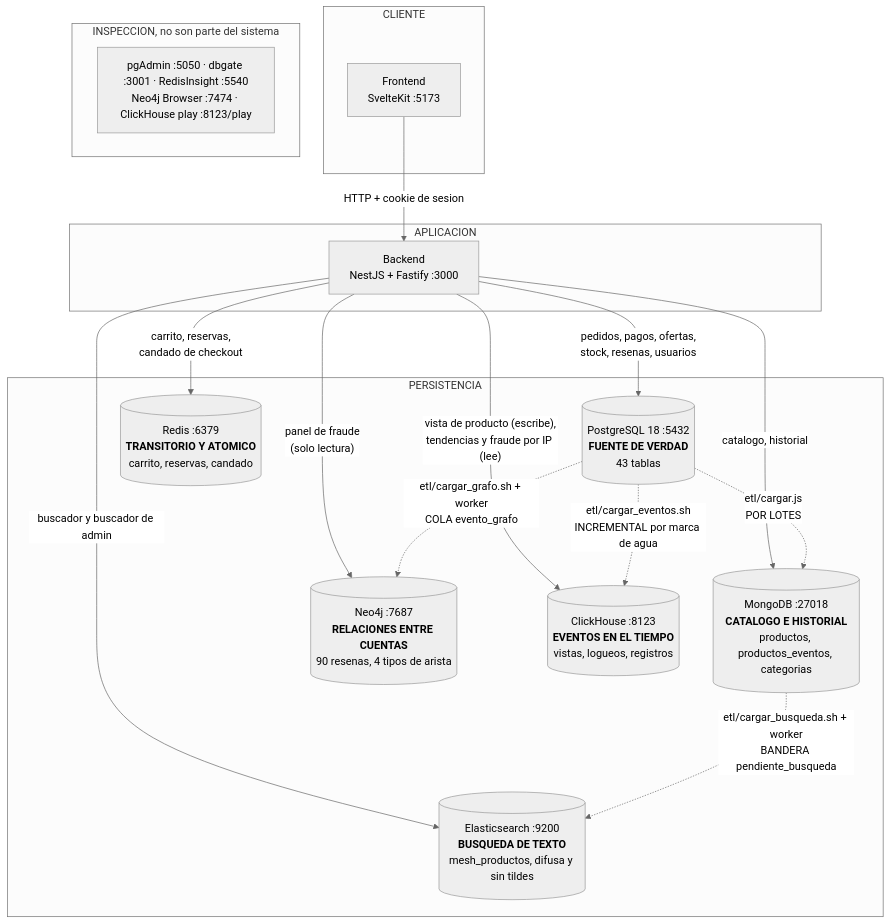
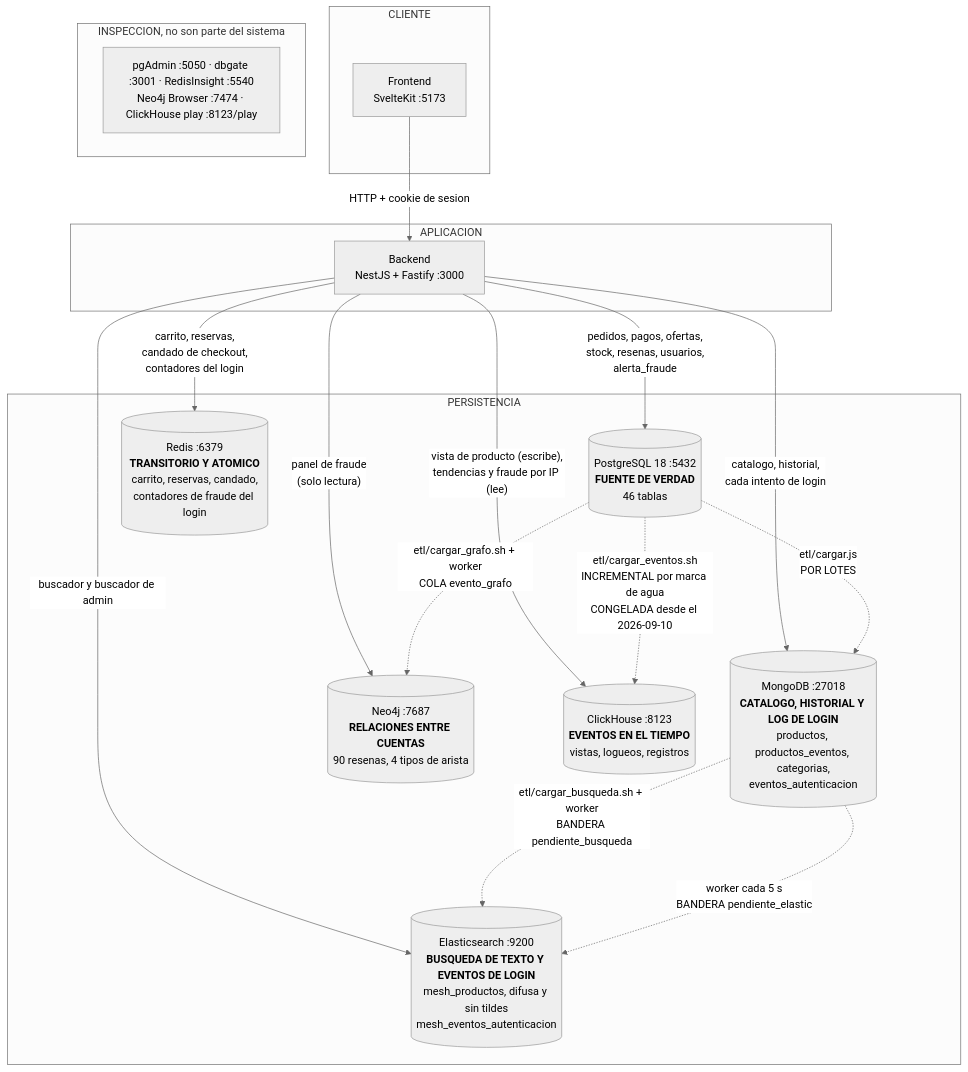
One commit to pinedahuella/Proyecto-Tienda-Base-Datos-2 changed the diagram in docs/ARQUITECTURA.md. Above: the diagram before and after it, drawn with Mermaid (neutral theme). The commit also changed other lines of this file and 6 other files, not shown here.

Commit message:
El traspaso, los pendientes y lo que le toca al backend, al dia con el fraude del login

````diff
--- a/docs/ARQUITECTURA.md
+++ b/docs/ARQUITECTURA.md
@@ -19,37 +24,38 @@
 ```mermaid
 flowchart TB
     subgraph cliente[CLIENTE]
         FE["Frontend<br/>SvelteKit :5173"]
     end
 
     subgraph app[APLICACION]
         BE["Backend<br/>NestJS + Fastify :3000"]
     end
 
     FE -- "HTTP + cookie de sesion" --> BE
 
     subgraph persistencia[PERSISTENCIA]
-        PG[("PostgreSQL 18 :5432<br/><b>FUENTE DE VERDAD</b><br/>43 tablas")]
-        MG[("MongoDB :27018<br/><b>CATALOGO E HISTORIAL</b><br/>productos, productos_eventos, categorias")]
-        RD[("Redis :6379<br/><b>TRANSITORIO Y ATOMICO</b><br/>carrito, reservas, candado")]
+        PG[("PostgreSQL 18 :5432<br/><b>FUENTE DE VERDAD</b><br/>46 tablas")]
+        MG[("MongoDB :27018<br/><b>CATALOGO, HISTORIAL Y LOG DE LOGIN</b><br/>productos, productos_eventos, categorias,<br/>eventos_autenticacion")]
+        RD[("Redis :6379<br/><b>TRANSITORIO Y ATOMICO</b><br/>carrito, reservas, candado,<br/>contadores de fraude del login")]
         N4[("Neo4j :7687<br/><b>RELACIONES ENTRE CUENTAS</b><br/>90 resenas, 4 tipos de arista")]
-        ES[("Elasticsearch :9200<br/><b>BUSQUEDA DE TEXTO</b><br/>mesh_productos, difusa y sin tildes")]
+        ES[("Elasticsearch :9200<br/><b>BUSQUEDA DE TEXTO Y EVENTOS DE LOGIN</b><br/>mesh_productos, difusa y sin tildes<br/>mesh_eventos_autenticacion")]
         CH[("ClickHouse :8123<br/><b>EVENTOS EN EL TIEMPO</b><br/>vistas, logueos, registros")]
     end
 
-    BE -- "pedidos, pagos, ofertas,<br/>stock, resenas, usuarios" --> PG
-    BE -- "catalogo, historial" --> MG
-    BE -- "carrito, reservas,<br/>candado de checkout" --> RD
+    BE -- "pedidos, pagos, ofertas,<br/>stock, resenas, usuarios,<br/>alerta_fraude" --> PG
+    BE -- "catalogo, historial,<br/>cada intento de login" --> MG
+    BE -- "carrito, reservas,<br/>candado de checkout,<br/>contadores del login" --> RD
     BE -- "panel de fraude<br/>(solo lectura)" --> N4
     BE -- "buscador y buscador de admin" --> ES
     BE -- "vista de producto (escribe),<br/>tendencias y fraude por IP (lee)" --> CH
 
     PG -. "etl/cargar.js<br/>POR LOTES" .-> MG
     PG -. "etl/cargar_grafo.sh + worker<br/>COLA evento_grafo" .-> N4
     MG -. "etl/cargar_busqueda.sh + worker<br/>BANDERA pendiente_busqueda" .-> ES
-    PG -. "etl/cargar_eventos.sh<br/>INCREMENTAL por marca de agua" .-> CH
+    MG -. "worker cada 5 s<br/>BANDERA pendiente_elastic" .-> ES
+    PG -. "etl/cargar_eventos.sh<br/>INCREMENTAL por marca de agua<br/>CONGELADA desde el 2026-09-10" .-> CH
 
     subgraph herramientas[INSPECCION, no son parte del sistema]
         H["pgAdmin :5050 · dbgate :3001 · RedisInsight :5540<br/>Neo4j Browser :7474 · ClickHouse play :8123/play"]
     end
 ```
````
